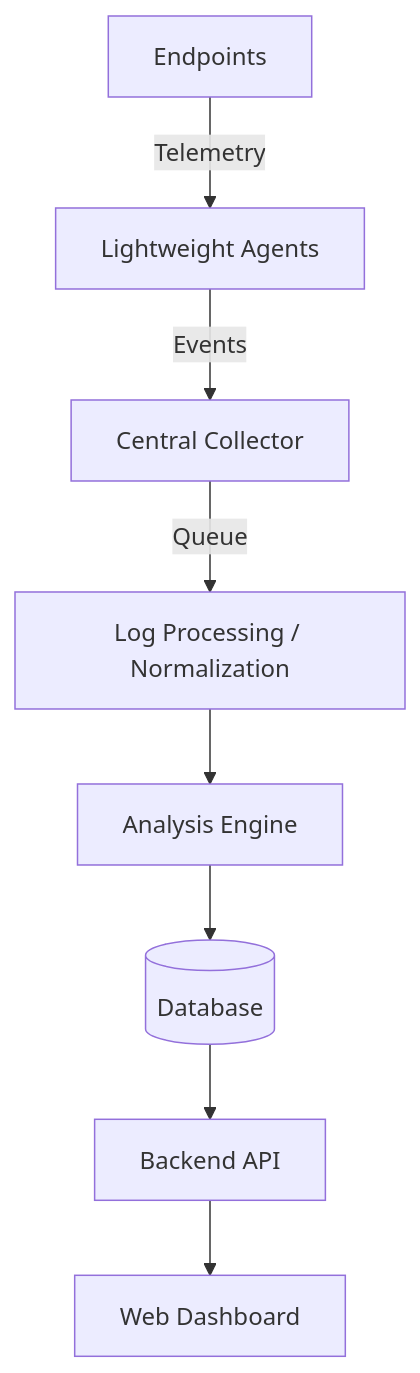
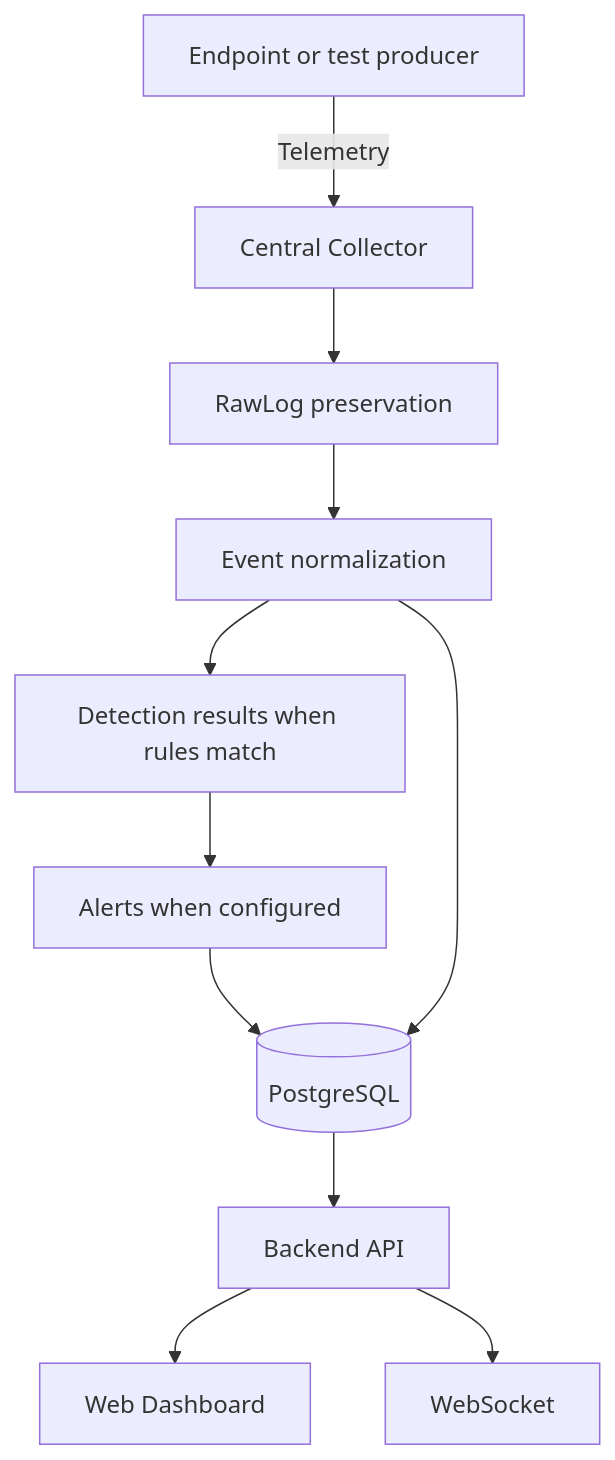
The diagram in docs/architecture/README.md (vishal-s-se/SOC-Monitoring-Dashboard), drawn with Mermaid before and after one commit. The commit also changed other lines of this file and 39 other files, not shown here.

````diff
--- a/docs/architecture/README.md
+++ b/docs/architecture/README.md
@@ -7,10 +7,13 @@
 ```mermaid
 flowchart TD
-    E[Endpoints] -->|Telemetry| A[Lightweight Agents]
-    A -->|Events| C[Central Collector]
-    C -->|Queue| N[Log Processing / Normalization]
-    N --> D[Analysis Engine]
-    D --> DB[(Database)]
+    E[Endpoint or test producer] -->|Telemetry| C[Central Collector]
+    C --> R[RawLog preservation]
+    R --> N[Event normalization]
+    N --> D[Detection results when rules match]
+    D --> A[Alerts when configured]
+    A --> DB[(PostgreSQL)]
+    N --> DB
     DB --> API[Backend API]
     API --> UI[Web Dashboard]
+    API --> WS[WebSocket]
 ```
````
